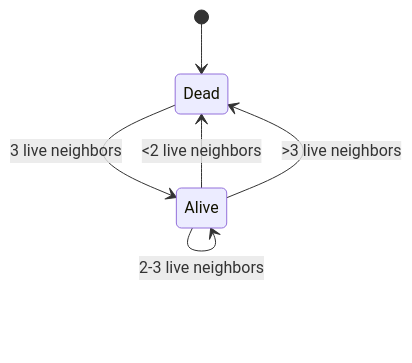
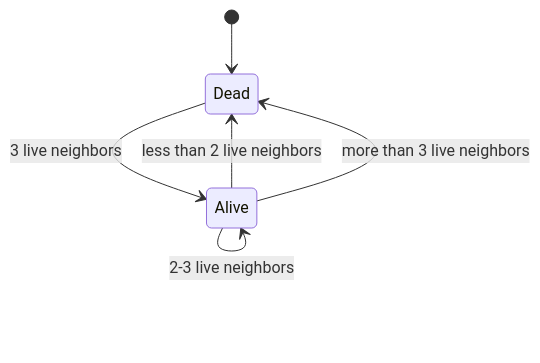
One commit to dewe/py-gol changed the seventh of 7 diagrams in docs/diagrams.md. Above: the diagram before and after it, drawn with Mermaid.

Commit message:
docs(diagrams): fix mermaid syntax in state transition diagram

````diff
--- a/docs/diagrams.md
+++ b/docs/diagrams.md
@@ -179,14 +179,14 @@
 ```mermaid
 stateDiagram-v2
     [*] --> Dead
     Dead --> Alive: 3 live neighbors
-    Alive --> Dead: <2 live neighbors
-    Alive --> Dead: >3 live neighbors
+    Alive --> Dead: less than 2 live neighbors
+    Alive --> Dead: more than 3 live neighbors
     Alive --> Alive: 2-3 live neighbors
 
     %% Styling
     classDef dead fill:#ffebee,stroke:#b71c1c,stroke-width:2px;
     classDef alive fill:#e8f5e9,stroke:#1b5e20,stroke-width:2px;
     class Dead dead;
     class Alive alive;
 ```
````
